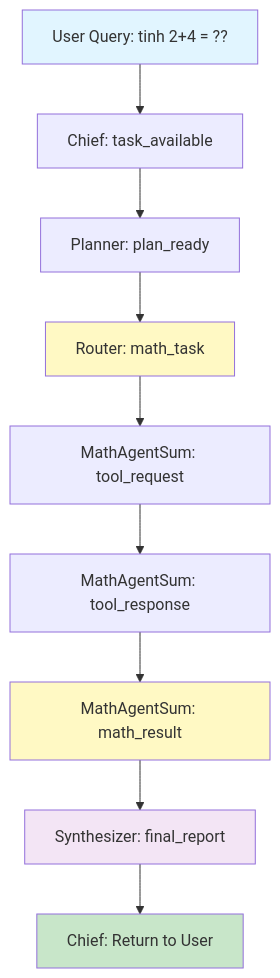
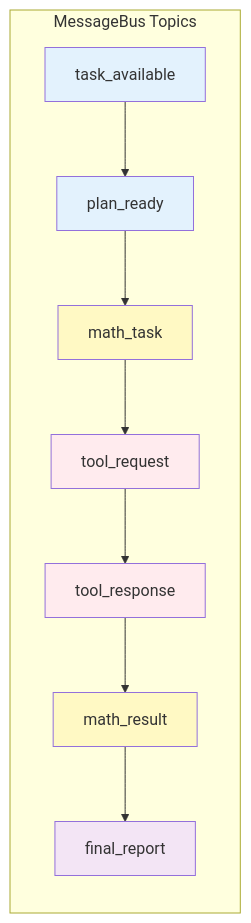
Before and after one commit to DoanNgocCuong/working: the third of 3 diagrams in Untitled 4.md, drawn with Mermaid. The commit also changed other lines of this file, not shown here.

````diff
--- a/Untitled 4.md
+++ b/Untitled 4.md
@@ -67,18 +111,27 @@
 ```mermaid
-graph TD
-    A[User Query: tinh 2+4 = ??] --> B[Chief: task_available]
-    B --> C[Planner: plan_ready]
-    C --> D[Router: math_task]
-    D --> E[MathAgentSum: tool_request]
-    E --> F[MathAgentSum: tool_response]
-    F --> G[MathAgentSum: math_result]
-    G --> H[Synthesizer: final_report]
-    H --> I[Chief: Return to User]
+graph LR
+    subgraph "MessageBus Topics"
+        T1[task_available]
+        T2[plan_ready]
+        T3[math_task]
+        T4[tool_request]
+        T5[tool_response]
+        T6[math_result]
+        T7[final_report]
+    end
   
-    style A fill:#e1f5ff
-    style I fill:#c8e6c9
-    style D fill:#fff9c4
-    style G fill:#fff9c4
-    style H fill:#f3e5f5
-
+    T1 --> T2
+    T2 --> T3
+    T3 --> T4
+    T4 --> T5
+    T5 --> T6
+    T6 --> T7
+  
+    style T1 fill:#e3f2fd
+    style T2 fill:#e3f2fd
+    style T3 fill:#fff9c4
+    style T4 fill:#ffebee
+    style T5 fill:#ffebee
+    style T6 fill:#fff9c4
+    style T7 fill:#f3e5f5
 ```
````
